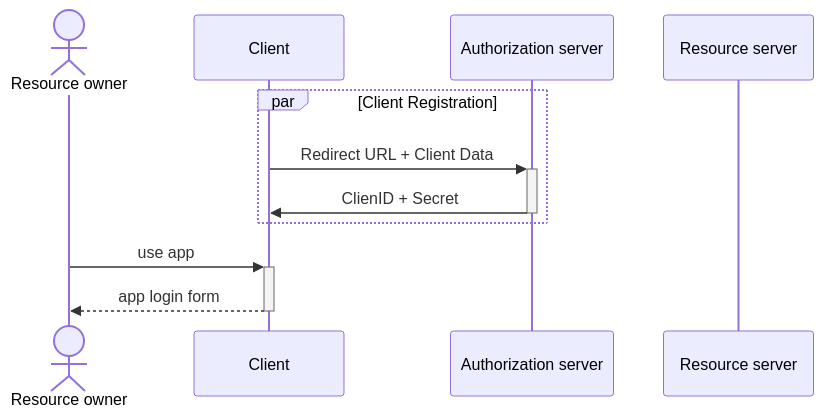
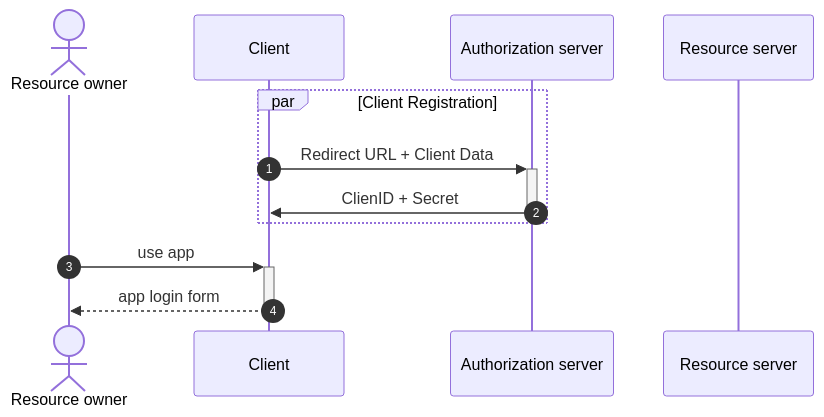
One commit to danzay42/Wiki changed the third of 3 diagrams in CS/Authorization.md. Above: the diagram before and after it, drawn with Mermaid.

Commit message:
vault backup: 2023-08-16 22:54:19
Affected files:
CS/Authorization.md

````diff
--- a/CS/Authorization.md
+++ b/CS/Authorization.md
@@ -98,15 +98,16 @@
 ```mermaid
 sequenceDiagram
+	autonumber
 	actor o as Resource owner
 	participant c as Client
 	participant a as Authorization server
 	participant r as Resource server
 
 	par Client Registration
 		c ->>+ a: Redirect URL + Client Data
 		a ->>- c: ClienID + Secret
 	end
 
 	o ->>+ c: use app
 	c -->>- o: app login form 
 ```
````
